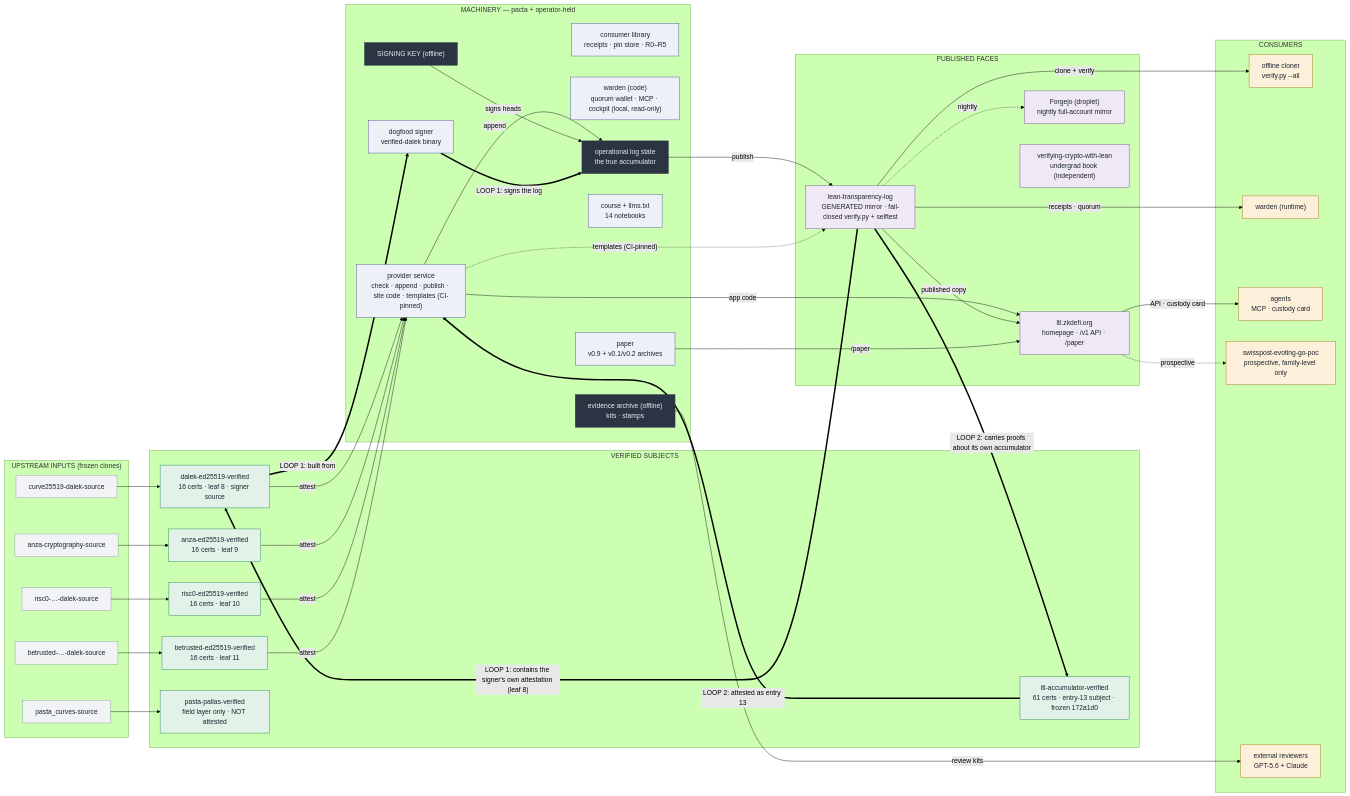
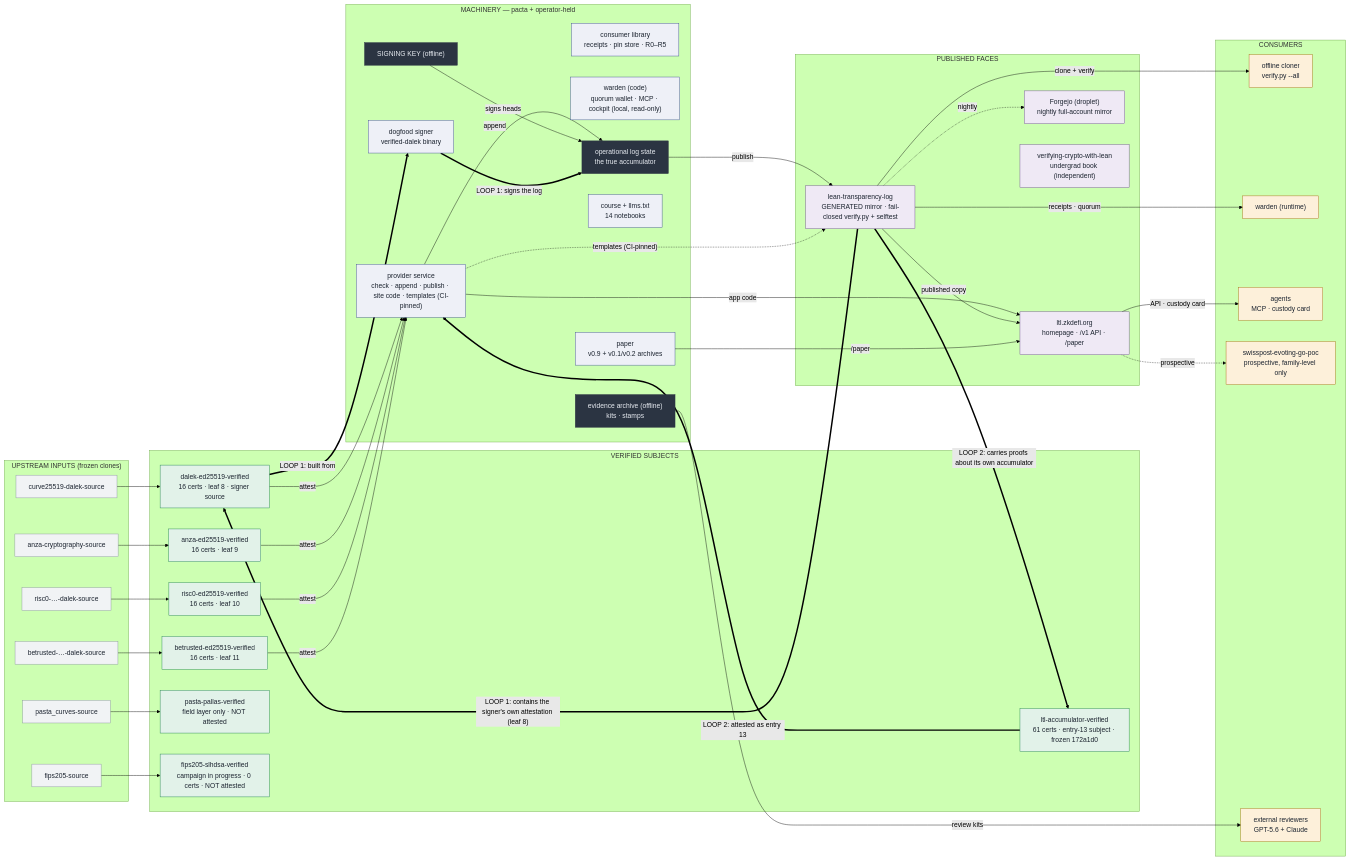
The diagram in ESTATE.md (saymrwulf/proof-aware-crypto-tooling-agent), drawn with Mermaid (forest theme) before and after one commit. The commit also changed other lines of this file and 3 other files, not shown here.

First line of the commit message:
estate: the SLH-DSA (FIPS 205) campaign enters the map — two new entities

```diff
--- a/ESTATE.md
+++ b/ESTATE.md
@@ -19,6 +20,7 @@
     s3["risc0-…-dalek-source"]
     s4["betrusted-…-dalek-source"]
     s5["pasta_curves-source"]
+    s6["fips205-source"]
   end
   subgraph V["VERIFIED SUBJECTS"]
     d["dalek-ed25519-verified<br/>16 certs · leaf 8 · signer source"]
@@ -26,6 +28,7 @@
     r["risc0-ed25519-verified<br/>16 certs · leaf 10"]
     b["betrusted-ed25519-verified<br/>16 certs · leaf 11"]
     p["pasta-pallas-verified<br/>field layer only · NOT attested"]
+    f["fips205-slhdsa-verified<br/>campaign in progress · 0 certs · NOT attested"]
     c["ltl-accumulator-verified<br/>61 certs · entry-13 subject · frozen 172a1d0"]
   end
   subgraph M["MACHINERY — pacta + operator-held"]
@@ -57,6 +60,7 @@
   s3 --> r
   s4 --> b
   s5 --> p
+  s6 --> f
   d -->|attest| prov
   a -->|attest| prov
   r -->|attest| prov
@@ -85,8 +89,8 @@
   classDef held fill:#2b3442,stroke:#2b3442,color:#e8ecf2
   classDef pub fill:#efe9f5,stroke:#6d4a8f,color:#1c2430
   classDef cons fill:#fdf0da,stroke:#a86a10,color:#1c2430
-  class s1,s2,s3,s4,s5 src
-  class d,a,r,b,p,c sub
+  class s1,s2,s3,s4,s5,s6 src
+  class d,a,r,b,p,c,f sub
   class prov,sig,lib,wal,pap,crs mach
   class key,ops,sd held
   class mir,site,fj,book pub
```
